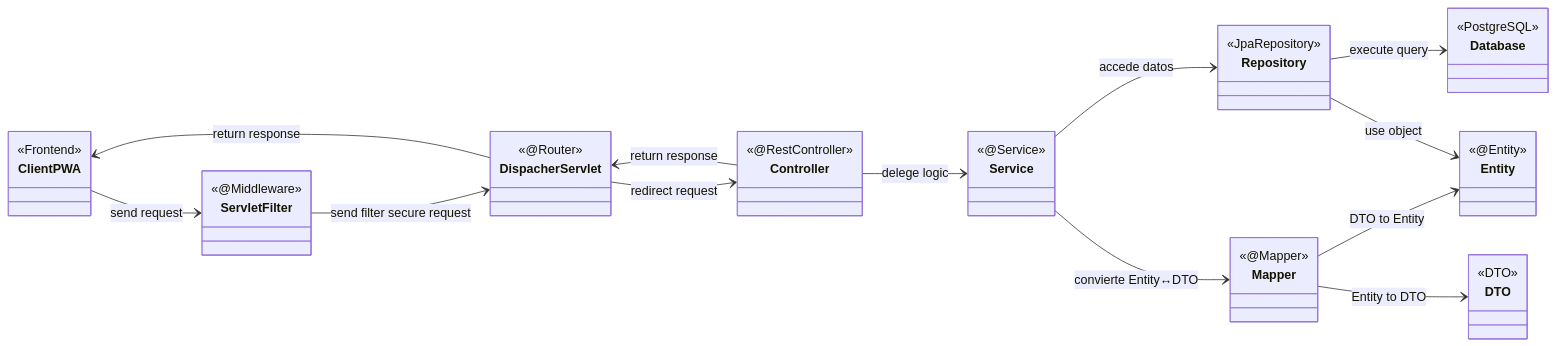
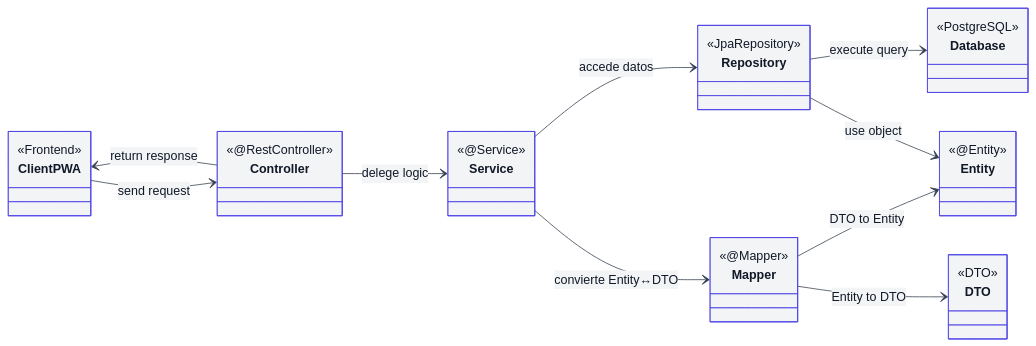
The diagram in docs/back-end-MVP-class.md (alex-boni/QuickStop), drawn with Mermaid before and after one commit. The commit also changed 1 other file, not shown here.

Commit message:
update colors thems of frontend, backend diagrams

````diff
--- a/docs/back-end-MVP-class.md
+++ b/docs/back-end-MVP-class.md
@@ -1,59 +1,60 @@
 ```mermaid
+%%{init: {
+  'theme': 'base',
+  'themeVariables': {
+    'background': '#ffffff',
+    'primaryColor': '#f3f4f6',
+    'primaryTextColor': '#111827',
+    'primaryBorderColor': '#4f46e5',
+    'lineColor': '#374151',
+    'secondaryColor': '#e0e7ff',
+    'tertiaryColor': '#ffffff'
+  }
+}}%%
 classDiagram
 direction LR
 
 %% ==== Entrada ====
 class ClientPWA {
   <<Frontend>>
 }
 
-class ServletFilter {
-  <<@Middleware>>
-}
-
-class DispacherServlet {
-  <<@Router>>
-}
-
 class Controller {
   <<@RestController>>
 }
-ClientPWA --> ServletFilter : send request
-ServletFilter --> DispacherServlet : send filter secure request
-DispacherServlet --> Controller : redirect request
-DispacherServlet --> ClientPWA : return response
-Controller --> DispacherServlet : return response
+ClientPWA --> Controller : send request
+Controller --> ClientPWA : return response
 
 class Service {
   <<@Service>>
 }
 
 class Repository {
   <<JpaRepository>>
 }
 
 class Entity {
   <<@Entity>>
 }
 
 class DTO {
   <<DTO>>
 }
 
 class Mapper {
   <<@Mapper>>
 }
 
 class Database {
   <<PostgreSQL>>
 }
 
 %% ==== Flujo ====
 Mapper --> DTO : Entity to DTO
 Mapper --> Entity : DTO to Entity
 Controller --> Service : delege logic
 Service --> Repository : accede datos
 Repository --> Entity : use object
 Repository --> Database : execute query
 Service --> Mapper : convierte Entity↔DTO
 ```
````
